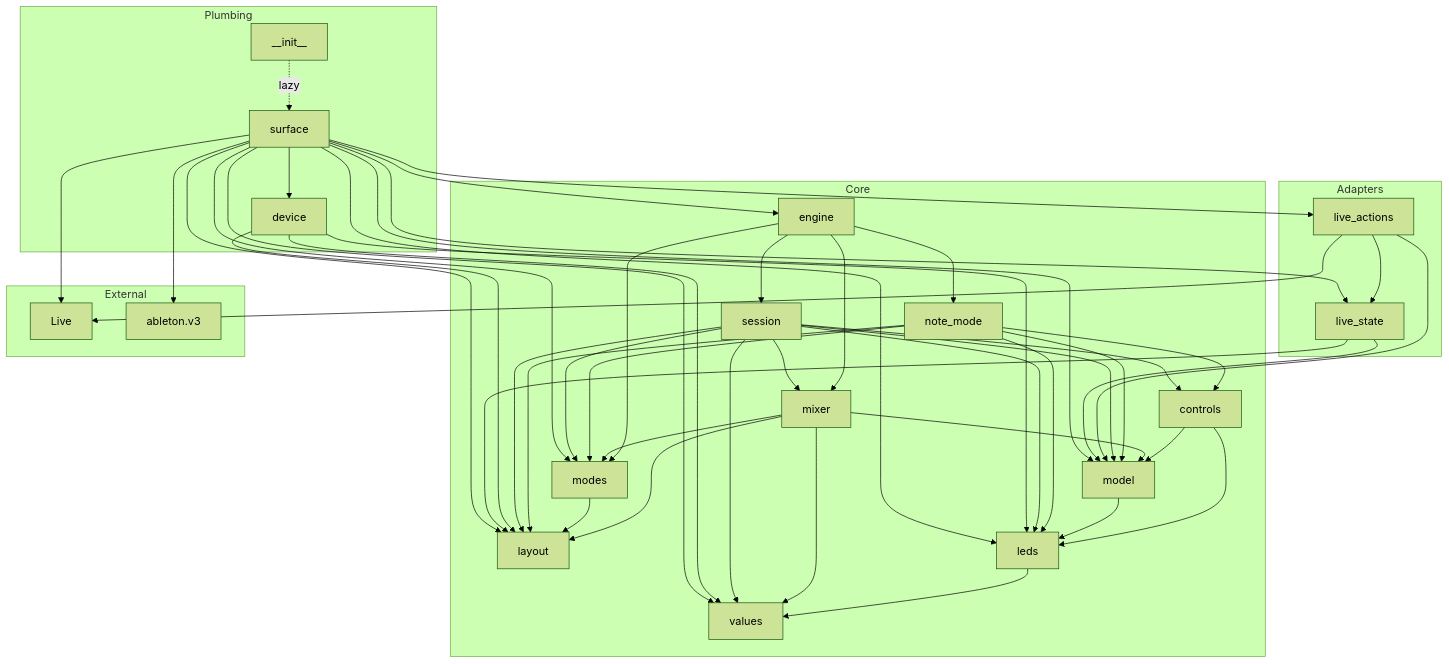
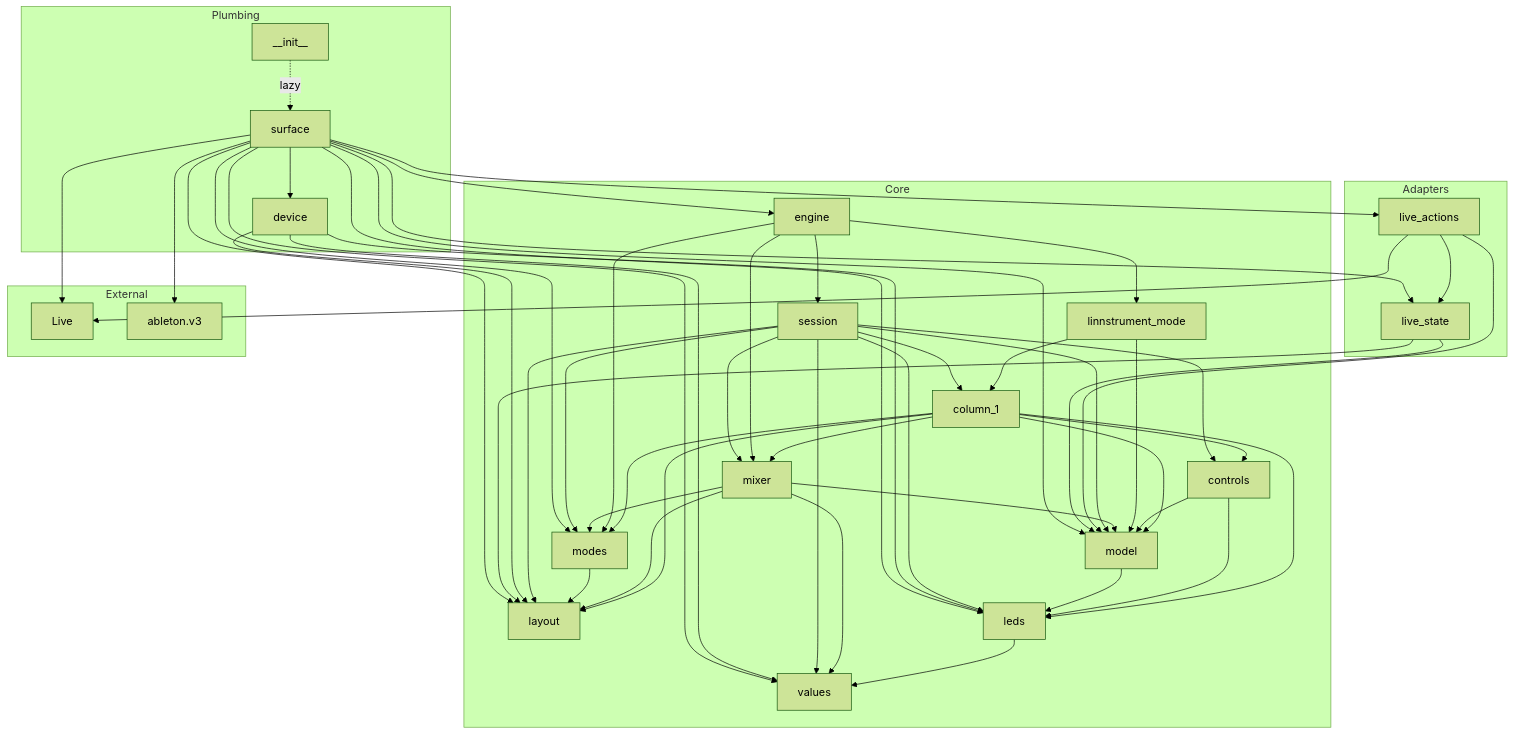
Before and after one commit to ianbleaker/bleakloop-linnstrument: the fourth of 8 diagrams in docs/architecture.md, drawn with Mermaid (forest theme). The commit also changed other lines of this file and 31 other files, not shown here.

First line of the commit message:
feat: one column 1 for every mode, and rename Note Mode to Linnstrument Mode (#37)

````diff
--- a/docs/architecture.md
+++ b/docs/architecture.md
@@ -176,73 +178,78 @@
 ```mermaid
 flowchart TD
   subgraph Plumbing
     __init__["__init__"]
     device["device"]
     surface["surface"]
   end
   subgraph Adapters
     live_actions["live_actions"]
     live_state["live_state"]
   end
   subgraph Core
+    core_column_1["column_1"]
     core_controls["controls"]
     core_engine["engine"]
     core_layout["layout"]
     core_leds["leds"]
+    core_linnstrument_mode["linnstrument_mode"]
     core_mixer["mixer"]
     core_model["model"]
     core_modes["modes"]
-    core_note_mode["note_mode"]
     core_session["session"]
     core_values["values"]
   end
   subgraph External
     Live["Live"]
     ableton_v3["ableton.v3"]
   end
   __init__ -.->|lazy| surface
+  core_column_1 --> core_controls
+  core_column_1 --> core_layout
+  core_column_1 --> core_leds
+  core_column_1 --> core_mixer
+  core_column_1 --> core_model
+  core_column_1 --> core_modes
   core_controls --> core_leds
   core_controls --> core_model
+  core_engine --> core_linnstrument_mode
   core_engine --> core_mixer
   core_engine --> core_modes
-  core_engine --> core_note_mode
   core_engine --> core_session
   core_leds --> core_values
+  core_linnstrument_mode --> core_column_1
+  core_linnstrument_mode --> core_model
   core_mixer --> core_layout
   core_mixer --> core_model
   core_mixer --> core_modes
   core_mixer --> core_values
   core_model --> core_leds
   core_modes --> core_layout
-  core_note_mode --> core_controls
-  core_note_mode --> core_layout
-  core_note_mode --> core_leds
-  core_note_mode --> core_model
-  core_note_mode --> core_modes
+  core_session --> core_column_1
   core_session --> core_controls
   core_session --> core_layout
   core_session --> core_leds
   core_session --> core_mixer
   core_session --> core_model
   core_session --> core_modes
   core_session --> core_values
   device --> core_layout
   device --> core_leds
   device --> core_values
   live_actions --> Live
   live_actions --> core_model
   live_actions --> live_state
   live_state --> core_layout
   live_state --> core_model
   surface --> Live
   surface --> ableton_v3
   surface --> core_engine
   surface --> core_layout
   surface --> core_leds
   surface --> core_model
   surface --> core_modes
   surface --> core_values
   surface --> device
   surface --> live_actions
   surface --> live_state
 ```
````
